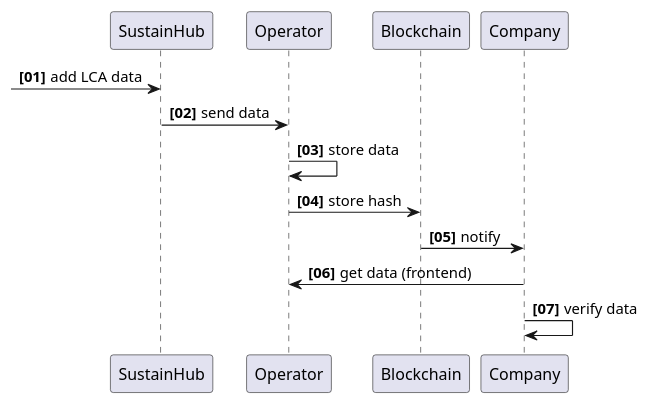
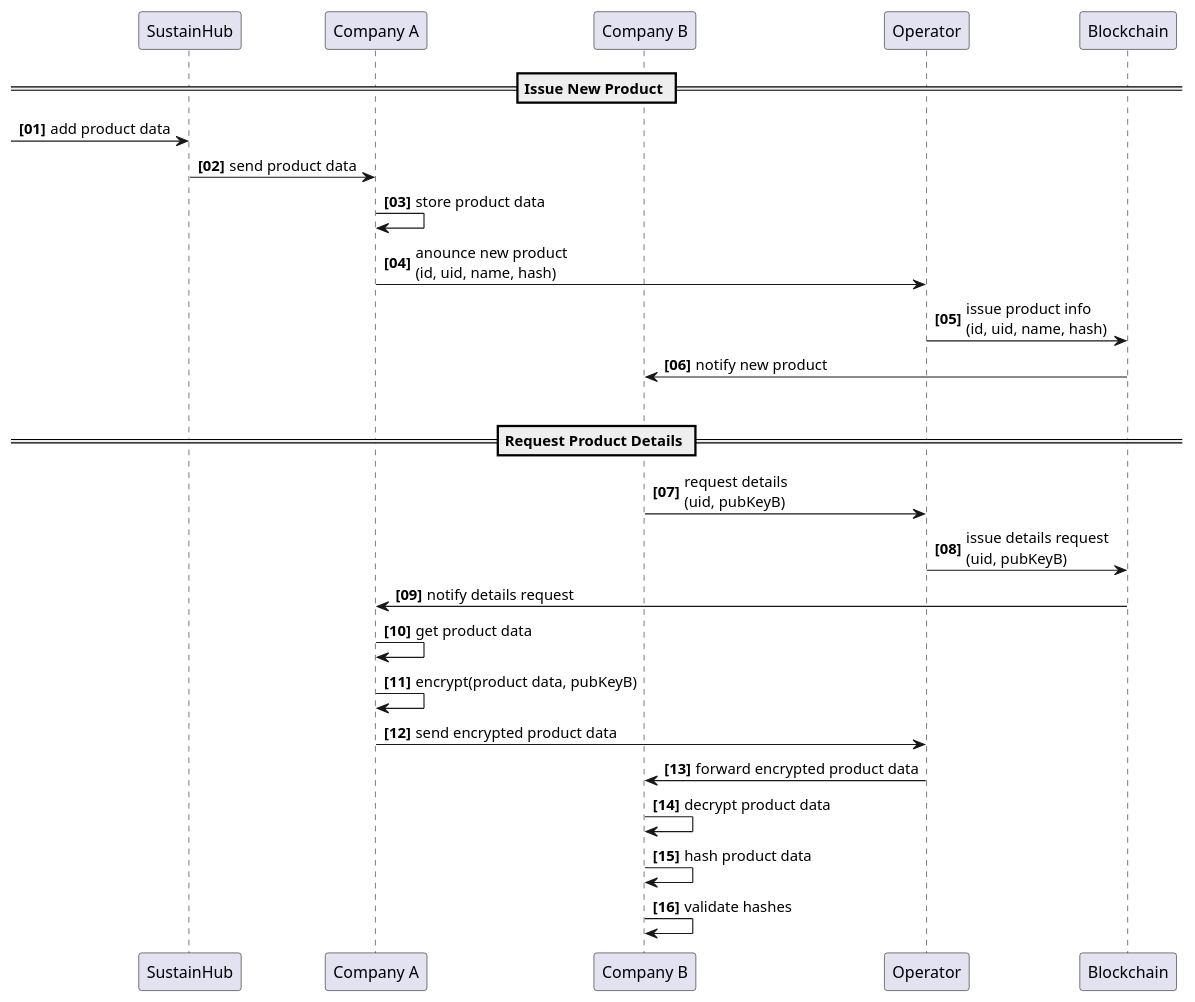
One commit to chainstep/dibichain-demo changed the diagram in docs/plantuml/src/flow.puml. Above: the diagram before and after it, drawn with PlantUML.

Commit message:
update flow

```diff
--- a/docs/plantuml/src/flow.puml
+++ b/docs/plantuml/src/flow.puml
@@ -1,18 +1,34 @@
 @startuml
 autonumber "<b>[00]"
 
 participant "SustainHub" as SUS
+participant "Company A" as COMPA
+participant "Company B" as COMPB
 participant "Operator" as OP
 participant "Blockchain" as BC
-participant "Company" as COMP
 
 
--> SUS: add LCA data
-SUS -> OP: send data
-OP -> OP: store data
-OP -> BC: store hash
-BC -> COMP: notify
-COMP -> OP: get data (frontend)
-COMP -> COMP: verify data
+== Issue New Product ==
+
+-> SUS: add product data
+SUS -> COMPA: send product data
+COMPA -> COMPA: store product data
+COMPA -> OP: anounce new product\n(id, uid, name, hash)
+OP -> BC: issue product info\n(id, uid, name, hash)
+BC -> COMPB: notify new product
+|||
+
+== Request Product Details ==
+
+COMPB -> OP: request details\n(uid, pubKeyB)
+OP -> BC: issue details request\n(uid, pubKeyB)
+BC -> COMPA: notify details request
+COMPA -> COMPA: get product data
+COMPA -> COMPA: encrypt(product data, pubKeyB)
+COMPA -> OP: send encrypted product data
+OP -> COMPB: forward encrypted product data
+COMPB -> COMPB: decrypt product data
+COMPB -> COMPB: hash product data
+COMPB -> COMPB: validate hashes
 
 @enduml
```
